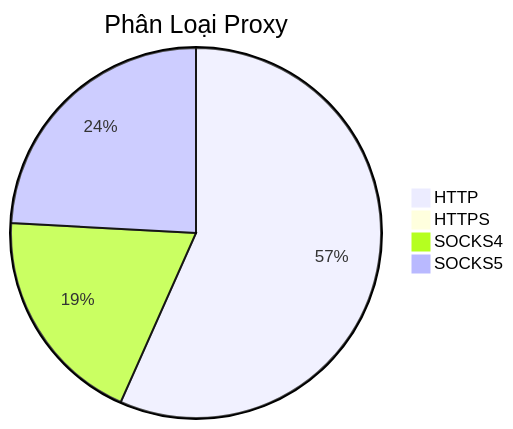
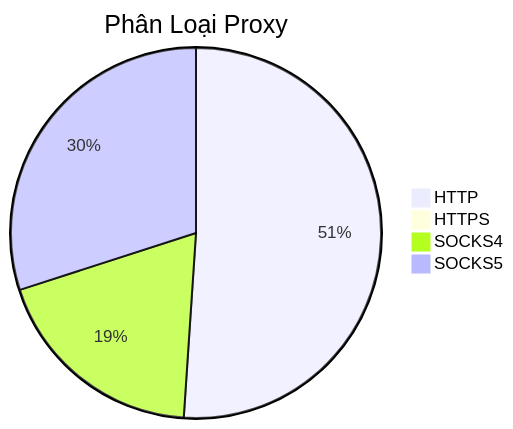
The diagram in README.md (Ciara-12/PROXY-free), drawn with Mermaid before and after one commit. The commit also changed other lines of this file and 4 other files, not shown here.

````diff
--- a/README.md
+++ b/README.md
@@ -26,7 +26,7 @@
 ```mermaid
 pie title Phân Loại Proxy
-    "HTTP" : 744
-    "HTTPS" : 3
-    "SOCKS4" : 252
-    "SOCKS5" : 317
+    "HTTP" : 557
+    "HTTPS" : 4
+    "SOCKS4" : 207
+    "SOCKS5" : 327
 ```
````
